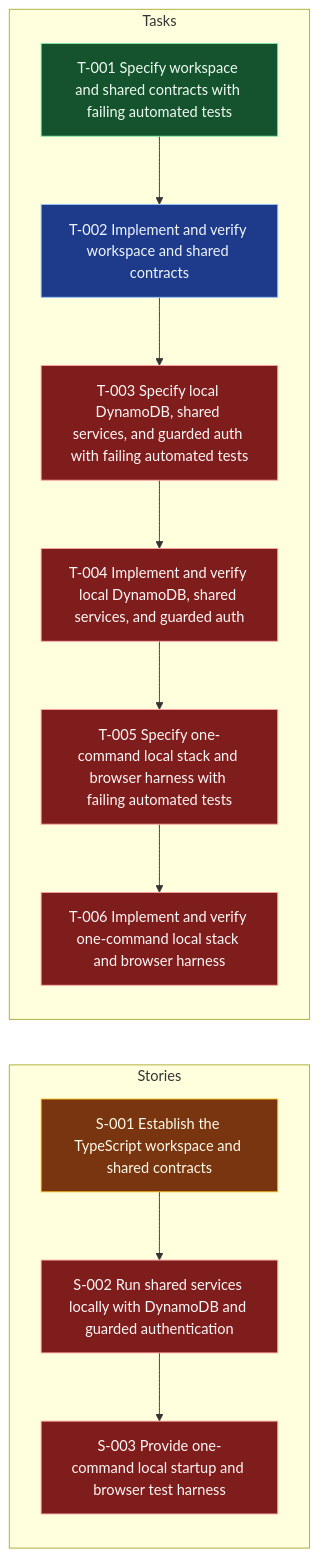
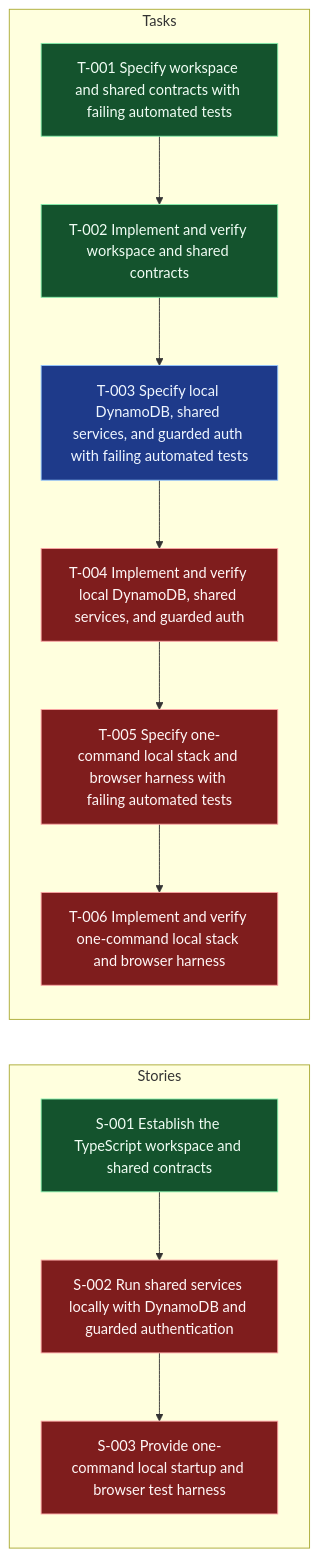
One commit to andybalham/invite-agent changed the diagram in .worktracker/graphs/E-001.mmd. Above: the diagram before and after it, drawn with Mermaid. The commit also changed 34 other files, not shown here.

First line of the commit message:
feat: update project structure and implement TypeScript workspaces

```diff
--- a/.worktracker/graphs/E-001.mmd
+++ b/.worktracker/graphs/E-001.mmd
@@ -1,35 +1,35 @@
 graph LR
   classDef done fill:#14532d,stroke:#86efac,color:#f0fdf4;
   classDef blocked fill:#7f1d1d,stroke:#fca5a5,color:#fff7f7;
   classDef inprogress fill:#78350f,stroke:#fbbf24,color:#fffbeb;
   classDef todo fill:#1e3a8a,stroke:#93c5fd,color:#eff6ff;
   classDef empty fill:#374151,stroke:#d1d5db,color:#f9fafb,stroke-dasharray: 3 3;
   subgraph Stories
-    S001["S-001 Establish the TypeScript workspace and shared contracts"]:::inprogress
+    S001["S-001 Establish the TypeScript workspace and shared contracts"]:::done
     S002["S-002 Run shared services locally with DynamoDB and guarded authentication"]:::blocked
     S003["S-003 Provide one-command local startup and browser test harness"]:::blocked
     S001 --> S002
     S002 --> S003
   end
   subgraph Tasks
     T001["T-001 Specify workspace and shared contracts with failing automated tests"]:::done
-    T002["T-002 Implement and verify workspace and shared contracts"]:::todo
-    T003["T-003 Specify local DynamoDB, shared services, and guarded auth with failing automated tests"]:::blocked
+    T002["T-002 Implement and verify workspace and shared contracts"]:::done
+    T003["T-003 Specify local DynamoDB, shared services, and guarded auth with failing automated tests"]:::todo
     T004["T-004 Implement and verify local DynamoDB, shared services, and guarded auth"]:::blocked
     T005["T-005 Specify one-command local stack and browser harness with failing automated tests"]:::blocked
     T006["T-006 Implement and verify one-command local stack and browser harness"]:::blocked
     T001 --> T002
     T002 --> T003
     T003 --> T004
     T004 --> T005
     T005 --> T006
   end
   click S001 "../entities/S-001-establish-the-typescript-workspace-and-shared-contracts.md"
   click S002 "../entities/S-002-run-shared-services-locally-with-dynamodb-and-guarded-authentication.md"
   click S003 "../entities/S-003-provide-one-command-local-startup-and-browser-test-harness.md"
   click T001 "../entities/T-001-specify-workspace-and-shared-contracts-with-failing-automated-tests.md"
   click T002 "../entities/T-002-implement-and-verify-workspace-and-shared-contracts.md"
   click T003 "../entities/T-003-specify-local-dynamodb-shared-services-and-guarded-auth-with-failing-automated-tests.md"
   click T004 "../entities/T-004-implement-and-verify-local-dynamodb-shared-services-and-guarded-auth.md"
   click T005 "../entities/T-005-specify-one-command-local-stack-and-browser-harness-with-failing-automated-tests.md"
   click T006 "../entities/T-006-implement-and-verify-one-command-local-stack-and-browser-harness.md"
```
